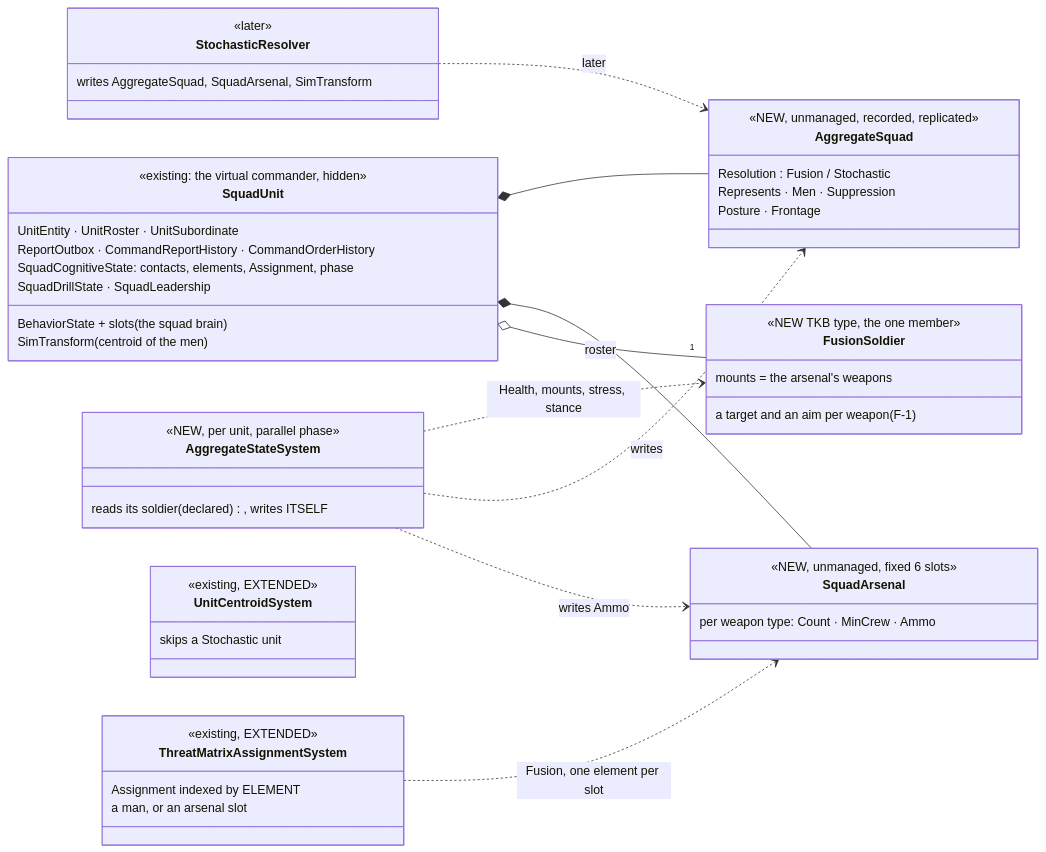
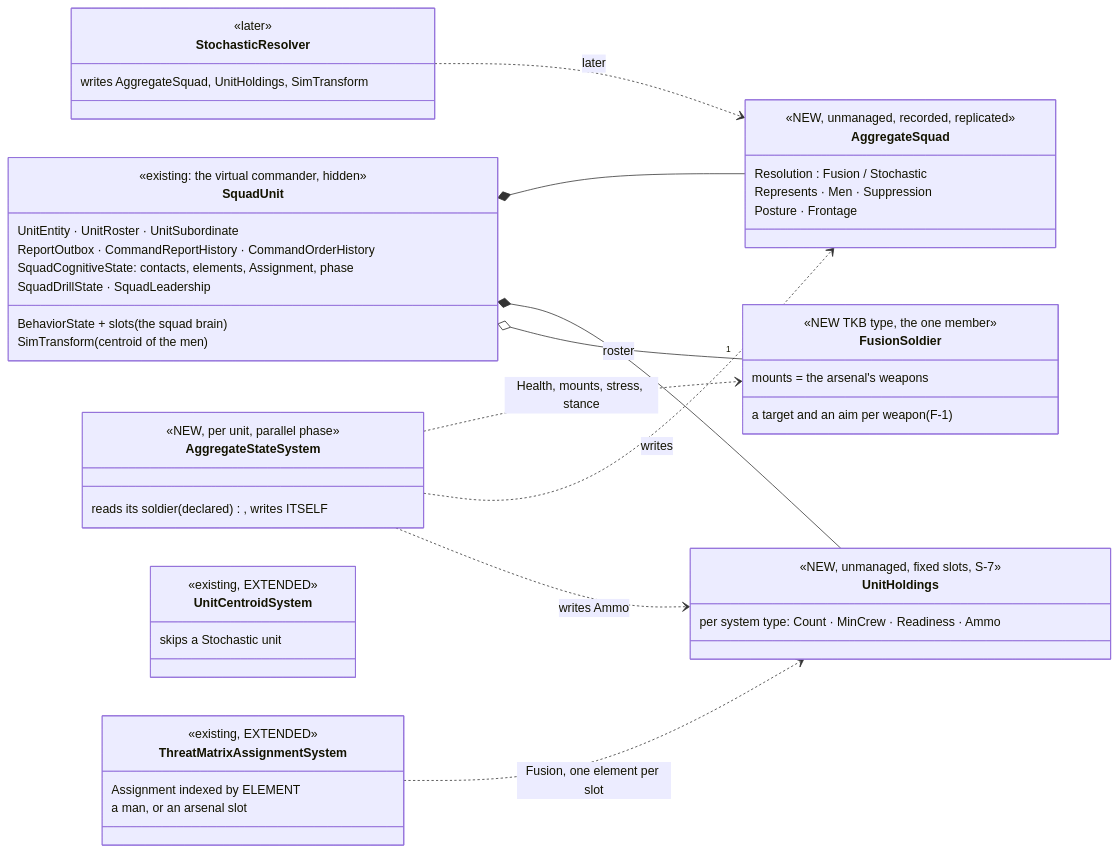
One commit to pjanec/HROT changed the fifth of 5 diagrams in docs/designs/aggregate-units/DESIGN_Aggregate_Squad.md. Above: the diagram before and after it, drawn with Mermaid. The commit also changed other lines of this file, not shown here.

First line of the commit message:
docs(CE-4611): §12 vehicles in the stochastic mode — StochasticUnit at any echelon, UnitHoldings (S-6…S-9, leans)

````diff
--- a/docs/designs/aggregate-units/DESIGN_Aggregate_Squad.md
+++ b/docs/designs/aggregate-units/DESIGN_Aggregate_Squad.md
@@ -326,53 +326,53 @@
 ```mermaid
 classDiagram
   direction LR
   class SquadUnit {
     <<existing: the virtual commander, hidden>>
     UnitEntity · UnitRoster · UnitSubordinate
     BehaviorState + slots (the squad brain)
     ReportOutbox · CommandReportHistory · CommandOrderHistory
     SquadCognitiveState: contacts, elements, Assignment, phase
     SquadDrillState · SquadLeadership
     SimTransform (centroid of the men)
   }
   class AggregateSquad {
     <<NEW, unmanaged, recorded, replicated>>
     Resolution : Fusion / Stochastic
     Represents · Men · Suppression
     Posture · Frontage
   }
-  class SquadArsenal {
-    <<NEW, unmanaged, fixed 6 slots>>
-    per weapon type: Count · MinCrew · Ammo
+  class UnitHoldings {
+    <<NEW, unmanaged, fixed slots, S-7>>
+    per system type: Count · MinCrew · Readiness · Ammo
   }
   class FusionSoldier {
     <<NEW TKB type, the one member>>
     mounts = the arsenal's weapons
     a target and an aim per weapon (F-1)
   }
   class AggregateStateSystem {
     <<NEW, per unit, parallel phase>>
     reads its soldier (declared), writes ITSELF
   }
   class ThreatMatrixAssignmentSystem {
     <<existing, EXTENDED>>
     Assignment indexed by ELEMENT
     a man, or an arsenal slot
   }
   class UnitCentroidSystem {
     <<existing, EXTENDED>>
     skips a Stochastic unit
   }
   class StochasticResolver {
     <<later>>
-    writes AggregateSquad, SquadArsenal, SimTransform
+    writes AggregateSquad, UnitHoldings, SimTransform
   }
   SquadUnit *-- AggregateSquad
-  SquadUnit *-- SquadArsenal
+  SquadUnit *-- UnitHoldings
   SquadUnit o-- "1" FusionSoldier : roster
   AggregateStateSystem ..> FusionSoldier : Health, mounts, stress, stance
   AggregateStateSystem ..> AggregateSquad : writes
-  AggregateStateSystem ..> SquadArsenal : writes Ammo
-  ThreatMatrixAssignmentSystem ..> SquadArsenal : Fusion, one element per slot
+  AggregateStateSystem ..> UnitHoldings : writes Ammo
+  ThreatMatrixAssignmentSystem ..> UnitHoldings : Fusion, one element per slot
   StochasticResolver ..> AggregateSquad : later
 ```
````
